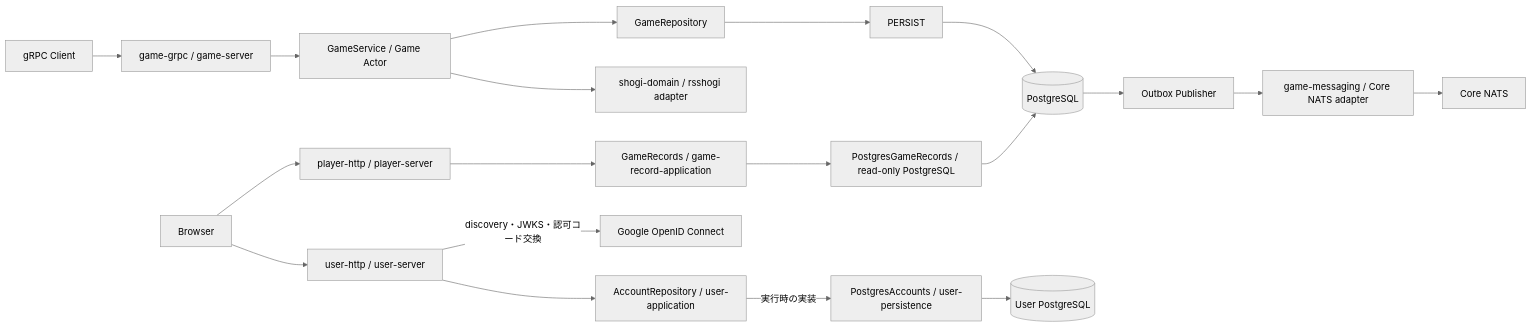
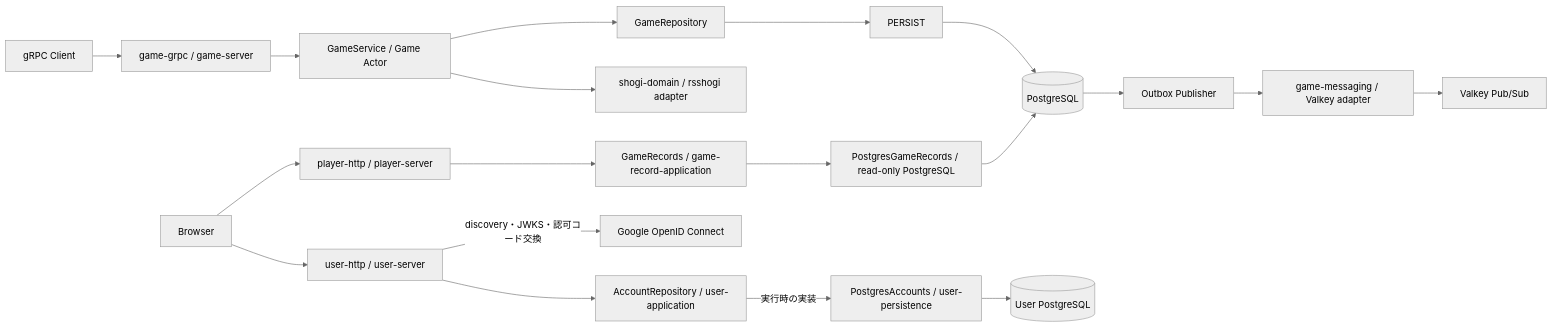
Before and after one commit to take44444/shogi-backend: the first of 6 diagrams in docs/design/architecture.md, drawn with Mermaid (neutral theme). The commit also changed other lines of this file and 13 other files, not shown here.

Commit message:
Use Valkey instead of NATS

````diff
--- a/docs/design/architecture.md
+++ b/docs/design/architecture.md
@@ -33,21 +33,21 @@
 ```mermaid
 flowchart LR
   C[gRPC Client] --> RPC[game-grpc / game-server]
   WEB[Browser] --> HTTP[user-http / user-server]
   WEB --> PLAYER[player-http / player-server]
   PLAYER --> RECORD[GameRecords / game-record-application]
   RECORD --> READER[PostgresGameRecords / read-only PostgreSQL]
   READER --> DB
   HTTP --> UR[AccountRepository / user-application]
   UR -->|実行時の実装| UP[PostgresAccounts / user-persistence]
   UP --> UDB[(User PostgreSQL)]
   HTTP -->|discovery・JWKS・認可コード交換| GOOGLE[Google OpenID Connect]
   RPC --> APP[GameService / Game Actor]
   APP --> DOMAIN[shogi-domain / rsshogi adapter]
   APP --> GR[GameRepository]
   GR --> PERSIST
   PERSIST --> DB[(PostgreSQL)]
   DB --> OUT[Outbox Publisher]
-  OUT --> MSG[game-messaging / Core NATS adapter]
-  MSG --> NATS[Core NATS]
+  OUT --> MSG[game-messaging / Valkey adapter]
+  MSG --> VALKEY[Valkey Pub/Sub]
 ```
````
